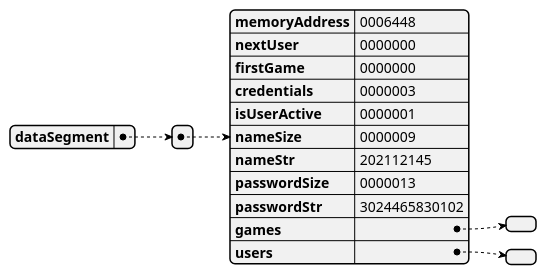
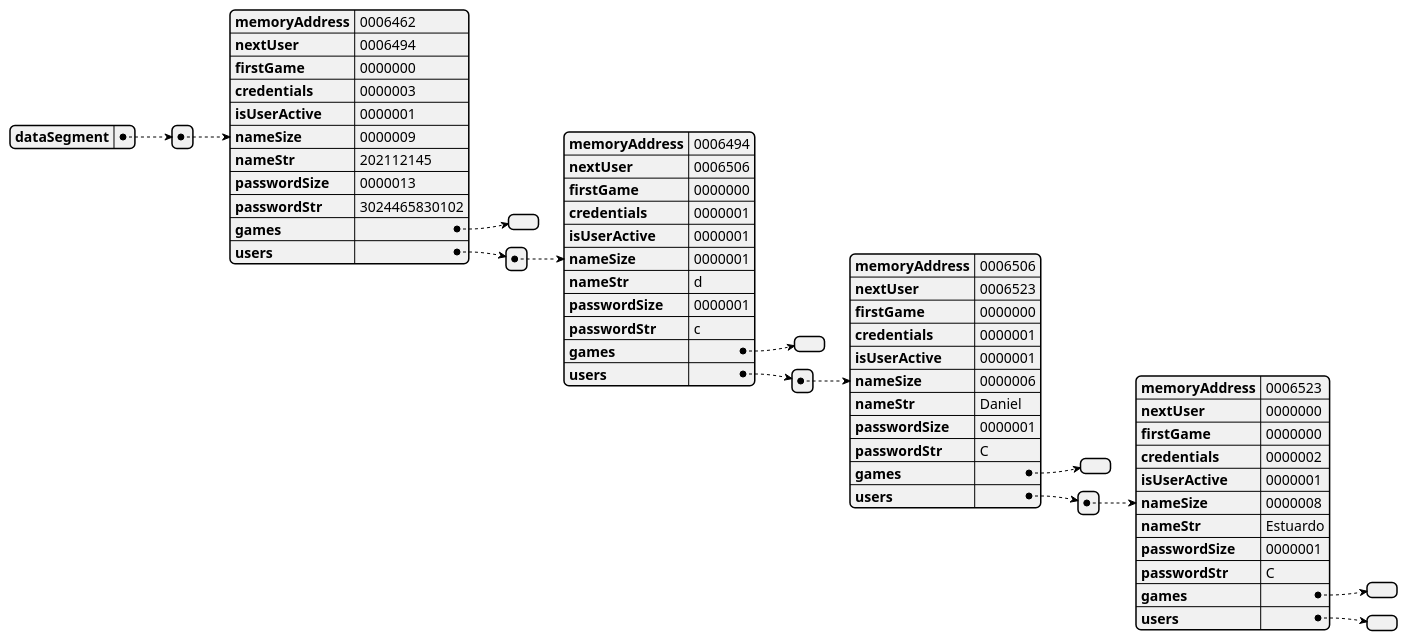
Before and after one commit to danielcuque/ACE1-PROYECTO2: the diagram in docs/uml/README.md, drawn with PlantUML. The commit also changed 15 other files, not shown here.

`````diff
--- a/docs/uml/README.md
+++ b/docs/uml/README.md
@@ -1,16 +1,46 @@
 ````plantuml
 @startjson memoryGraph
 {"dataSegment":
-[{"memoryAddress":"0006448",
-"nextUser":"0000000",
+[{"memoryAddress":"0006462",
+"nextUser":"0006494",
 "firstGame":"0000000",
 "credentials":"0000003",
 "isUserActive":"0000001",
 "nameSize":"0000009",
 "nameStr":"202112145",
 "passwordSize":"0000013",
 "passwordStr":"3024465830102",
 "games":[],
-"users":[]}]}
+"users":[{"memoryAddress":"0006494",
+"nextUser":"0006506",
+"firstGame":"0000000",
+"credentials":"0000001",
+"isUserActive":"0000001",
+"nameSize":"0000001",
+"nameStr":"d",
+"passwordSize":"0000001",
+"passwordStr":"c",
+"games":[],
+"users":[{"memoryAddress":"0006506",
+"nextUser":"0006523",
+"firstGame":"0000000",
+"credentials":"0000001",
+"isUserActive":"0000001",
+"nameSize":"0000006",
+"nameStr":"Daniel",
+"passwordSize":"0000001",
+"passwordStr":"C",
+"games":[],
+"users":[{"memoryAddress":"0006523",
+"nextUser":"0000000",
+"firstGame":"0000000",
+"credentials":"0000002",
+"isUserActive":"0000001",
+"nameSize":"0000008",
+"nameStr":"Estuardo",
+"passwordSize":"0000001",
+"passwordStr":"C",
+"games":[],
+"users":[]}]}]}]}]}
 @endjson
 ````
`````
